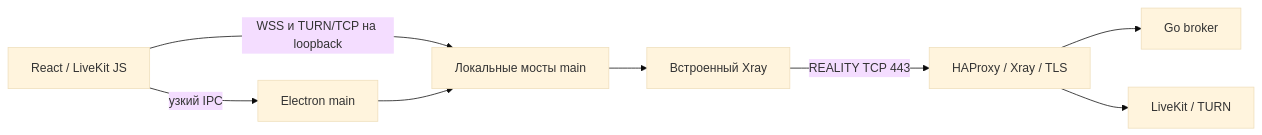
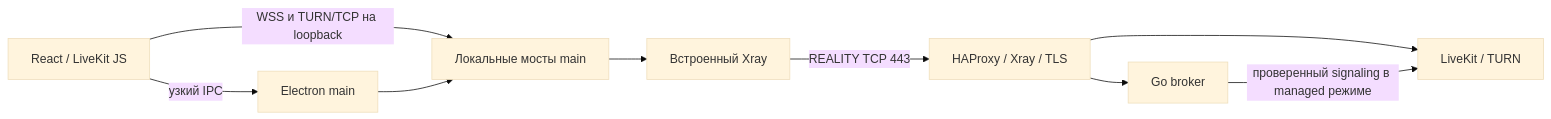
Before and after one commit to LywwKkA-aD/Gul: the diagram in PLAN.md, drawn with Mermaid (base theme). The commit also changed other lines of this file and 11 other files, not shown here.

````diff
--- a/PLAN.md
+++ b/PLAN.md
@@ -19,10 +19,11 @@
 ```mermaid
 flowchart LR
   UI[React / LiveKit JS] -->|узкий IPC| Main[Electron main]
   UI -->|WSS и TURN/TCP на loopback| Bridge[Локальные мосты main]
   Main --> Bridge
   Bridge --> Xray[Встроенный Xray]
   Xray -->|REALITY TCP 443| Remote[HAProxy / Xray / TLS]
   Remote --> Broker[Go broker]
   Remote --> SFU[LiveKit / TURN]
+  Broker -->|проверенный signaling в managed режиме| SFU
 ```
````
